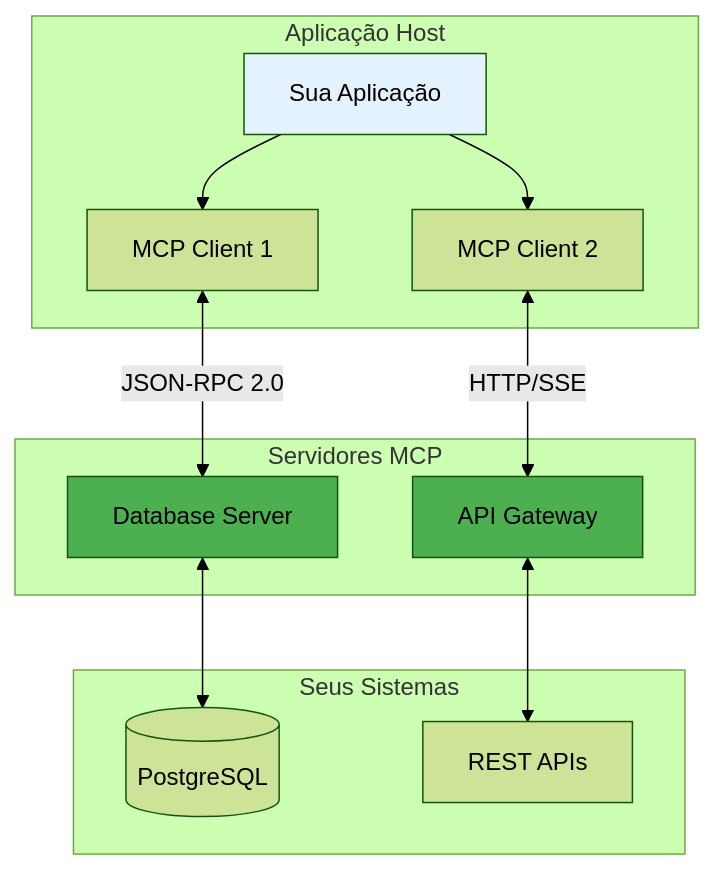
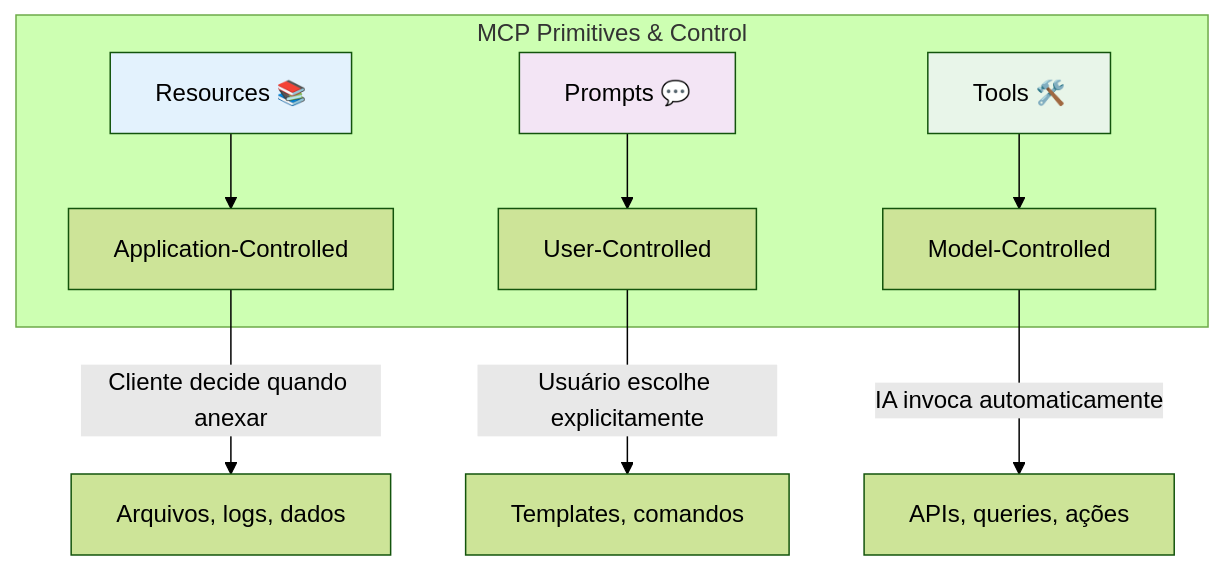
One commit to felipepimentel/my-public-notes changed the sixth of 28 diagrams in AI/Comunicação/MCP/00-mcp-presentation-zero to hero.md. Above: the diagram before and after it, drawn with Mermaid (forest theme). The commit also changed other lines of this file, not shown here.

````diff
--- a/AI/Comunicação/MCP/00-mcp-presentation-zero to hero.md
+++ b/AI/Comunicação/MCP/00-mcp-presentation-zero to hero.md
@@ -111,23 +180,20 @@
 ```mermaid
 graph TB
-    subgraph "Aplicação Host"
-        APP[Sua Aplicação]
-        C1[MCP Client 1] & C2[MCP Client 2]
-        APP --> C1 & C2
+    subgraph "MCP Primitives & Control"
+        RES[Resources 📚]
+        PRO[Prompts 💬]
+        TOO[Tools 🛠️]
+        
+        RES --> RC[Application-Controlled]
+        PRO --> PC[User-Controlled]
+        TOO --> TC[Model-Controlled]
     end
     
-    subgraph "Servidores MCP"
-        S1[Database Server] & S2[API Gateway]
-    end
+    RC --> |"Cliente decide quando anexar"| EX1[Arquivos, logs, dados]
+    PC --> |"Usuário escolhe explicitamente"| EX2[Templates, comandos]
+    TC --> |"IA invoca automaticamente"| EX3[APIs, queries, ações]
     
-    subgraph "Seus Sistemas"
-        SYS1[(PostgreSQL)] & SYS2[REST APIs]
-    end
-    
-    C1 <-->|"JSON-RPC 2.0"| S1 <--> SYS1
-    C2 <-->|"HTTP/SSE"| S2 <--> SYS2
-    
-    style APP fill:#e3f2fd
-    style S1 fill:#4CAF50
-    style S2 fill:#4CAF50
+    style RES fill:#e3f2fd
+    style PRO fill:#f3e5f5
+    style TOO fill:#e8f5e9
 ```
````
